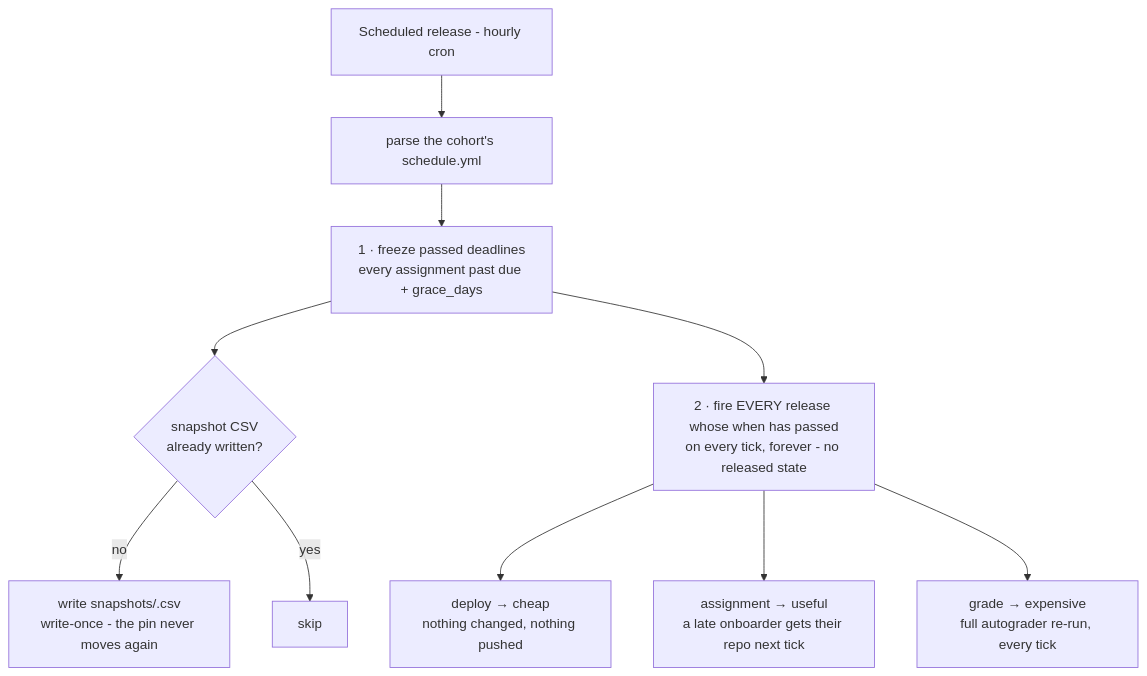
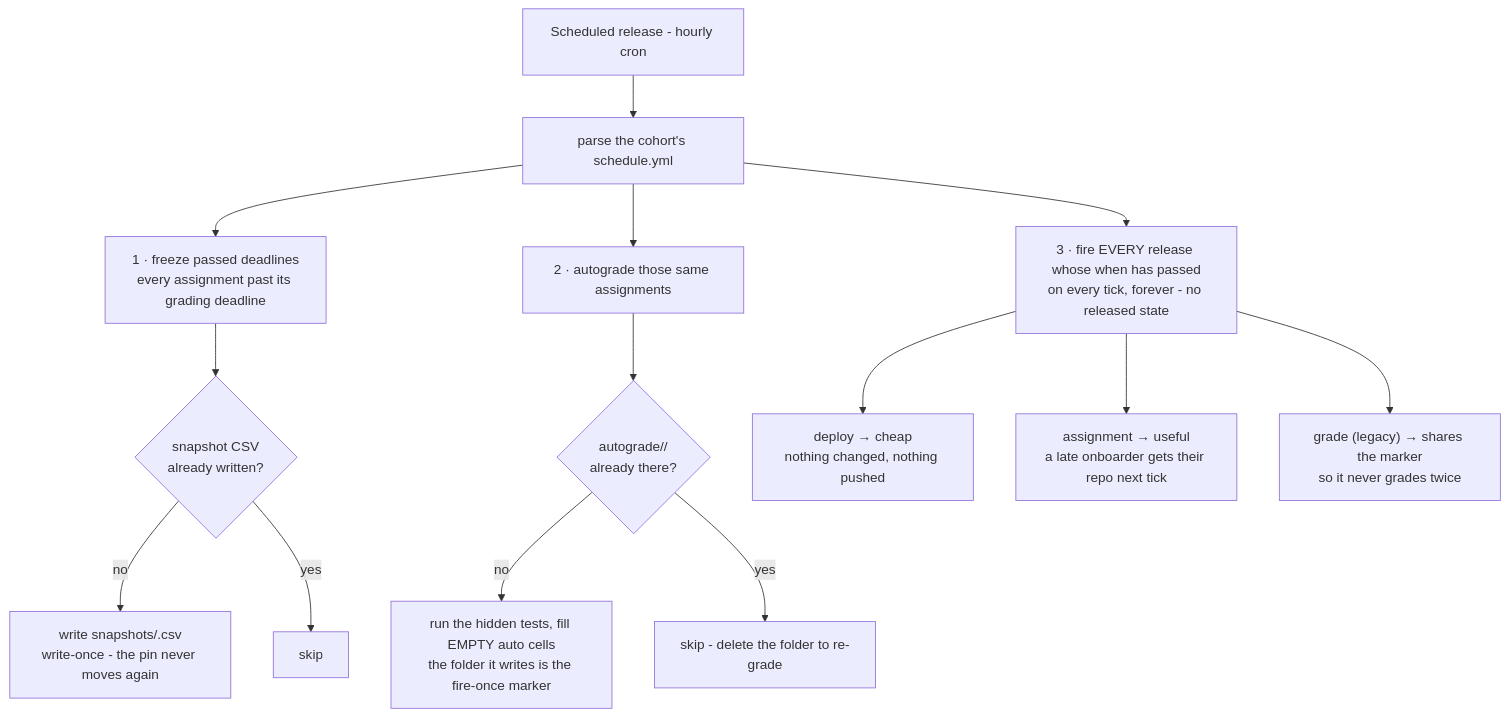
The diagram in docs/faculty-and-instructors/06-schedule-releases.md (hertie-data-science-lab/dsl-teaching-course-setup), drawn with Mermaid before and after one commit. The commit also changed other lines of this file and 16 other files, not shown here.

````diff
--- a/docs/faculty-and-instructors/06-schedule-releases.md
+++ b/docs/faculty-and-instructors/06-schedule-releases.md
@@ -84,19 +100,25 @@
 ```mermaid
 flowchart TB
   cron["Scheduled release - hourly cron"] --> parse["parse the cohort's schedule.yml"]
   parse --> p1["`1 · freeze passed deadlines
-every assignment past due + grace_days`"]
+every assignment past its grading deadline`"]
   p1 --> snap{"`snapshot CSV
 already written?`"}
   snap -- no --> freeze["`write snapshots/<slug>.csv
 write-once - the pin never moves again`"]
   snap -- yes --> skip["skip"]
-  p1 --> p2["`2 · fire EVERY release whose when has passed
+  parse --> p2["`2 · autograde those same assignments`"]
+  p2 --> mark{"`autograde/<slug>/
+already there?`"}
+  mark -- no --> grade["`run the hidden tests, fill EMPTY auto cells
+the folder it writes is the fire-once marker`"]
+  mark -- yes --> skip2["skip - delete the folder to re-grade"]
+  parse --> p3["`3 · fire EVERY release whose when has passed
 on every tick, forever - no released state`"]
-  p2 --> dep["`deploy → cheap
+  p3 --> dep["`deploy → cheap
 nothing changed, nothing pushed`"]
-  p2 --> asg["`assignment → useful
+  p3 --> asg["`assignment → useful
 a late onboarder gets their repo next tick`"]
-  p2 --> grd["`grade → expensive
-full autograder re-run, every tick`"]
+  p3 --> grd["`grade (legacy) → shares the marker
+so it never grades twice`"]
 ```
````
